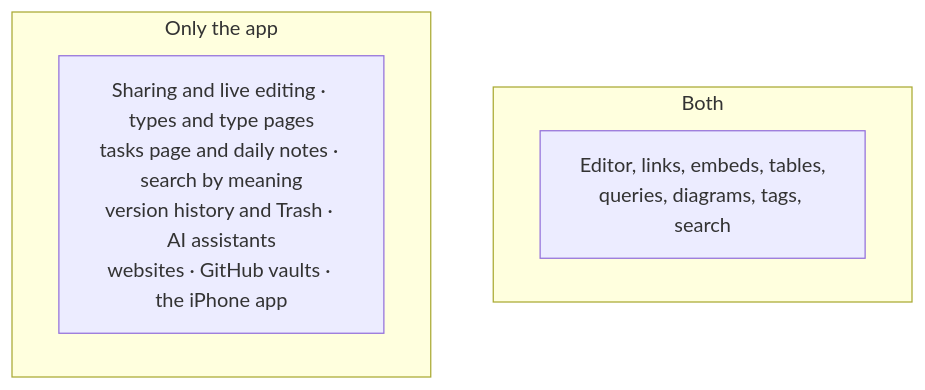
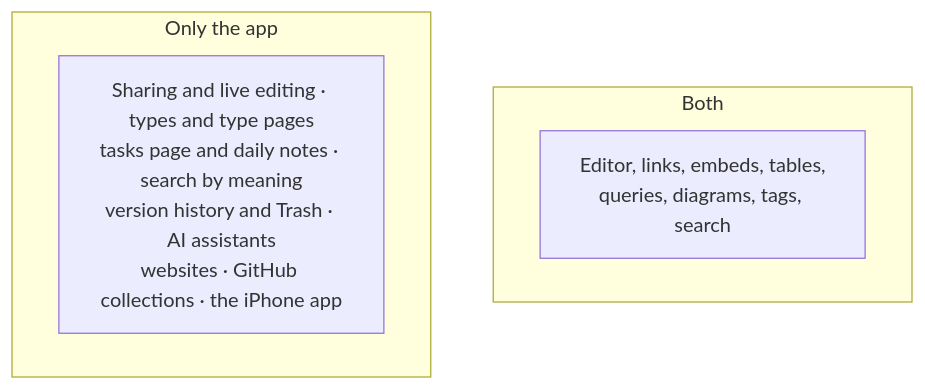
The diagram in docs/help/standalone.md (DavidROliverBA/commonplace-md), drawn with Mermaid before and after one commit. The commit also changed other lines of this file and 113 other files, not shown here.

````diff
--- a/docs/help/standalone.md
+++ b/docs/help/standalone.md
@@ -33,9 +33,9 @@
 ```mermaid
 flowchart TB
   subgraph Both
     E["Editor, links, embeds, tables,<br/>queries, diagrams, tags, search"]
   end
   subgraph "Only the app"
-    A["Sharing and live editing · types and type pages<br/>tasks page and daily notes · search by meaning<br/>version history and Trash · AI assistants<br/>websites · GitHub vaults · the iPhone app"]
+    A["Sharing and live editing · types and type pages<br/>tasks page and daily notes · search by meaning<br/>version history and Trash · AI assistants<br/>websites · GitHub collections · the iPhone app"]
   end
 ```
````
